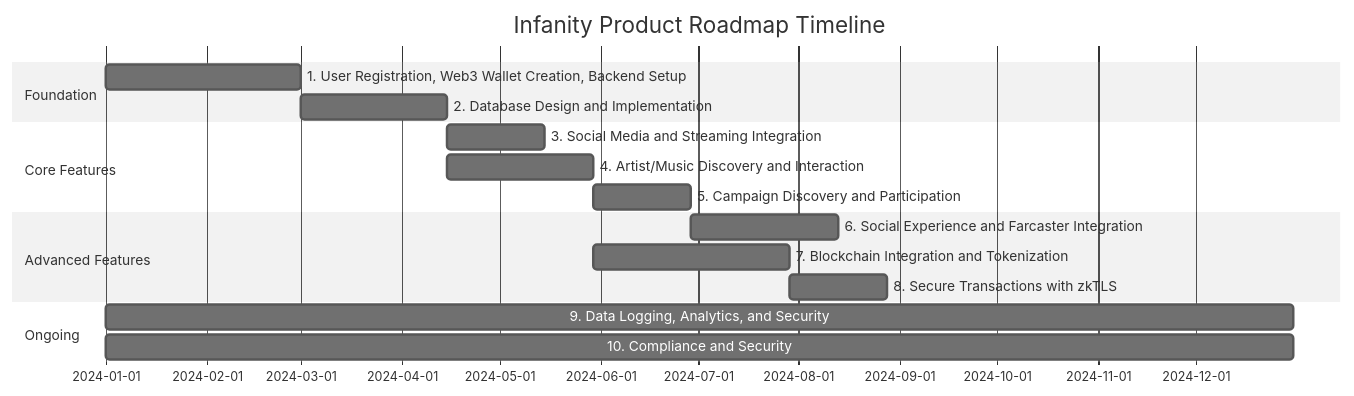
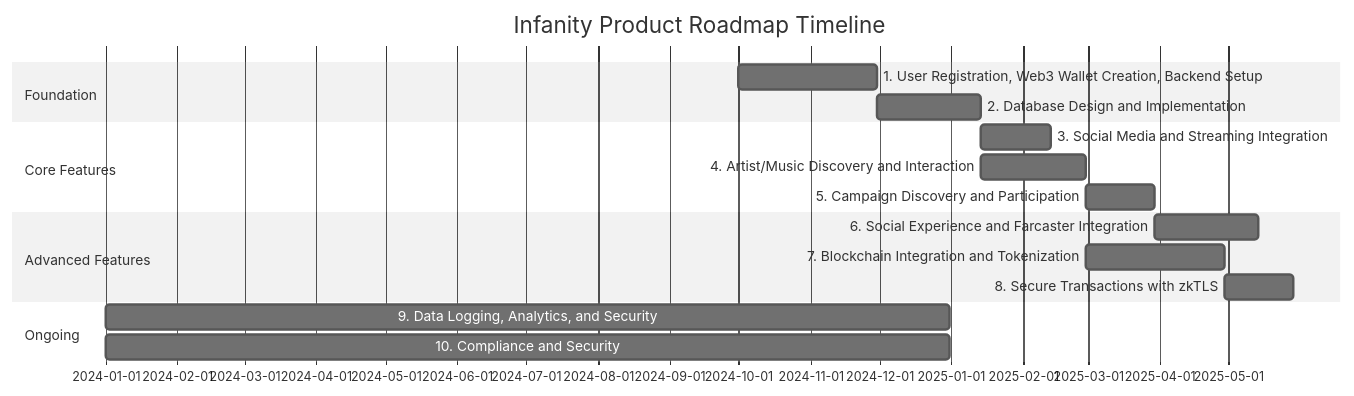
The diagram in epicchart.mermaid (lesgreys/infanity), drawn with Mermaid (neutral theme) before and after one commit.

```diff
--- a/epicchart.mermaid
+++ b/epicchart.mermaid
@@ -1,17 +1,17 @@
 gantt
     title Infanity Product Roadmap Timeline
     dateFormat  YYYY-MM-DD
     section Foundation
-    1. User Registration, Web3 Wallet Creation, Backend Setup :a1, 2024-01-01, 60d
+    1. User Registration, Web3 Wallet Creation, Backend Setup :a1, 2024-10-01, 60d
     2. Database Design and Implementation :a2, after a1, 45d
     section Core Features
     3. Social Media and Streaming Integration :a3, after a2, 30d
     4. Artist/Music Discovery and Interaction :a4, after a2, 45d
     5. Campaign Discovery and Participation :a5, after a3 a4, 30d
     section Advanced Features
     6. Social Experience and Farcaster Integration :a6, after a5, 45d
     7. Blockchain Integration and Tokenization :a7, after a4, 60d
     8. Secure Transactions with zkTLS :a8, after a7, 30d
     section Ongoing
     9. Data Logging, Analytics, and Security :a9, 2024-01-01, 365d
     10. Compliance and Security :a10, 2024-01-01, 365d
```
